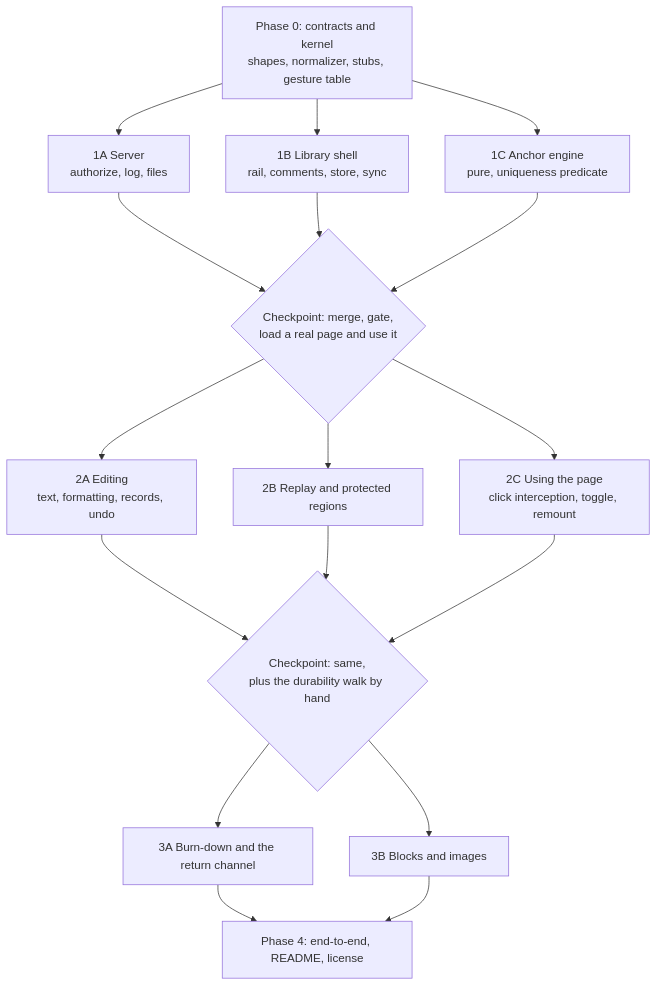
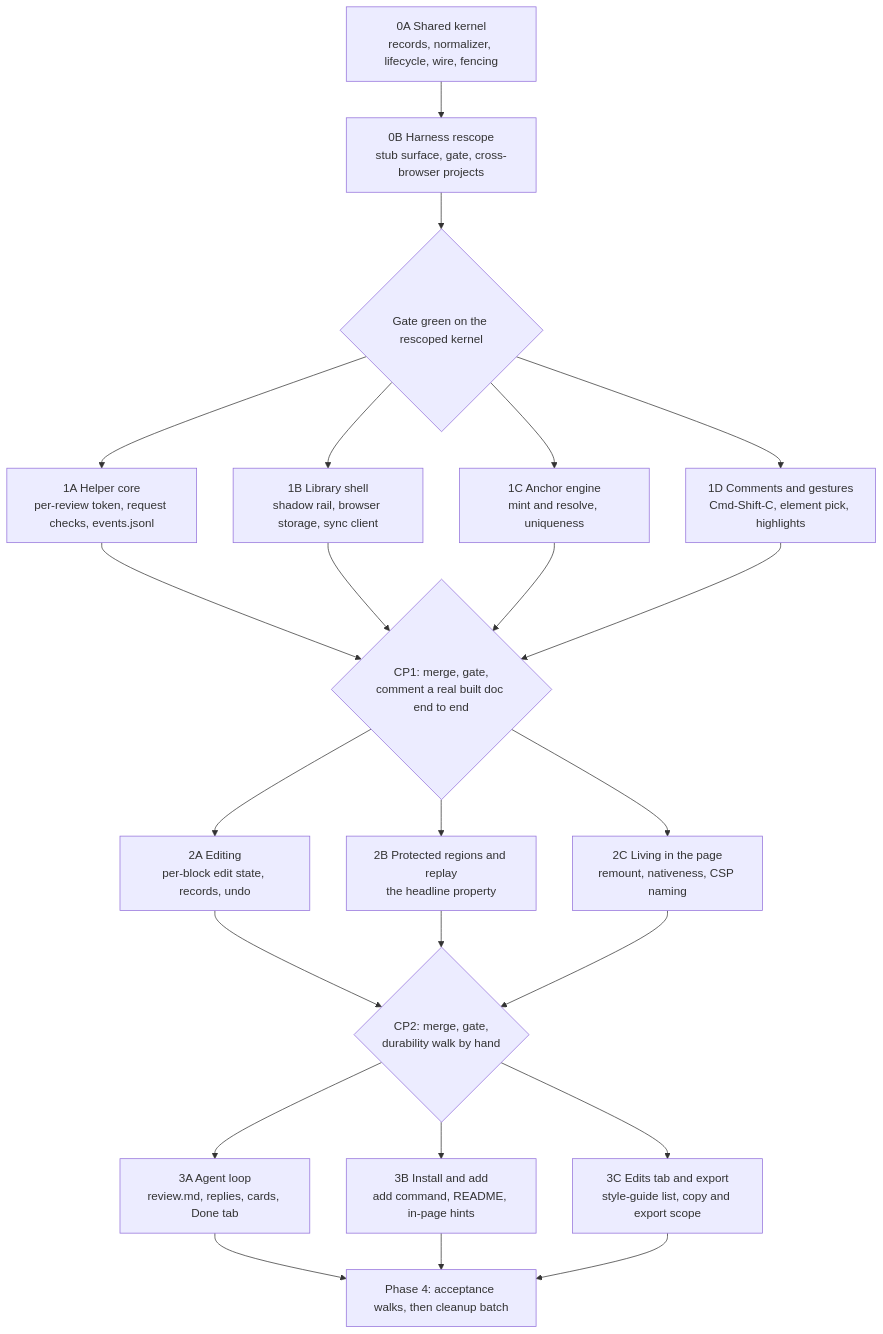
The diagram in docs/features/20260812.01_live_agentic_html_editor/03_plan_live_agentic_html_editor.md (kenxle/live-agentic-html-editor), drawn with Mermaid before and after one commit. The commit also changed other lines of this file, not shown here.

Commit message:
Plan v2 draft: 14 tasks in 5 phases against architecture v2, module disposition table for the existing kernel

````diff
--- a/docs/features/20260812.01_live_agentic_html_editor/03_plan_live_agentic_html_editor.md
+++ b/docs/features/20260812.01_live_agentic_html_editor/03_plan_live_agentic_html_editor.md
@@ -21,15 +25,20 @@
 ```mermaid
 flowchart TD
-    P0["Phase 0: contracts and kernel<br/>shapes, normalizer, stubs, gesture table"]
-    P0 --> A["1A Server<br/>authorize, log, files"]
-    P0 --> B["1B Library shell<br/>rail, comments, store, sync"]
-    P0 --> C["1C Anchor engine<br/>pure, uniqueness predicate"]
-    A & B & C --> CP1{"Checkpoint: merge, gate,<br/>load a real page and use it"}
-    CP1 --> D["2A Editing<br/>text, formatting, records, undo"]
-    CP1 --> E["2B Replay and protected regions"]
-    CP1 --> F["2C Using the page<br/>click interception, toggle, remount"]
-    D & E & F --> CP2{"Checkpoint: same,<br/>plus the durability walk by hand"}
-    CP2 --> G["3A Burn-down and the return channel"]
-    CP2 --> H["3B Blocks and images"]
-    G & H --> I["Phase 4: end-to-end, README, license"]
+    P0A["0A Shared kernel<br/>records, normalizer, lifecycle, wire, fencing"]
+    P0B["0B Harness rescope<br/>stub surface, gate, cross-browser projects"]
+    P0A --> P0B
+    P0B --> CPA{"Gate green on the rescoped kernel"}
+    CPA --> A["1A Helper core<br/>per-review token, request checks, events.jsonl"]
+    CPA --> B["1B Library shell<br/>shadow rail, browser storage, sync client"]
+    CPA --> C["1C Anchor engine<br/>mint and resolve, uniqueness"]
+    CPA --> D["1D Comments and gestures<br/>Cmd-Shift-C, element pick, highlights"]
+    A & B & C & D --> CP1{"CP1: merge, gate,<br/>comment a real built doc end to end"}
+    CP1 --> E["2A Editing<br/>per-block edit state, records, undo"]
+    CP1 --> F["2B Protected regions and replay<br/>the headline property"]
+    CP1 --> G["2C Living in the page<br/>remount, nativeness, CSP naming"]
+    E & F & G --> CP2{"CP2: merge, gate,<br/>durability walk by hand"}
+    CP2 --> H["3A Agent loop<br/>review.md, replies, cards, Done tab"]
+    CP2 --> I["3B Install and add<br/>add command, README, in-page hints"]
+    CP2 --> J["3C Edits tab and export<br/>style-guide list, copy and export scope"]
+    H & I & J --> P4["Phase 4: acceptance walks, then cleanup batch"]
 ```
````
